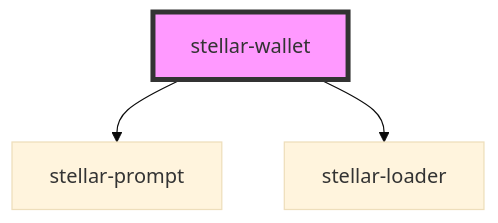
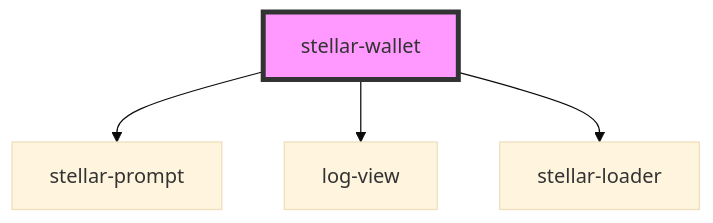
One commit to stellar/stellar-demo-wallet changed the diagram in src/components/wallet/readme.md. Above: the diagram before and after it, drawn with Mermaid (base theme). The commit also changed other lines of this file and 12 other files, not shown here.

````diff
--- a/src/components/wallet/readme.md
+++ b/src/components/wallet/readme.md
@@ -23,6 +24,7 @@
 ```mermaid
 graph TD;
   stellar-wallet --> stellar-prompt
+  stellar-wallet --> log-view
   stellar-wallet --> stellar-loader
   style stellar-wallet fill:#f9f,stroke:#333,stroke-width:4px
 ```
````
